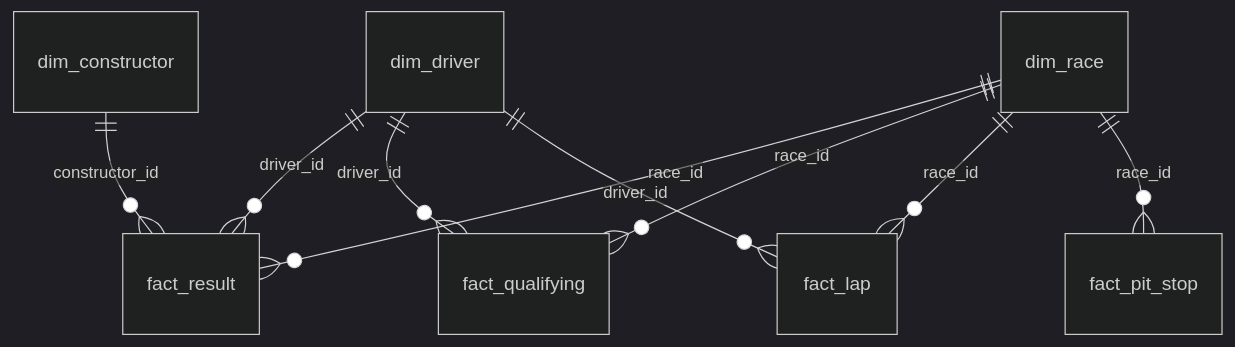
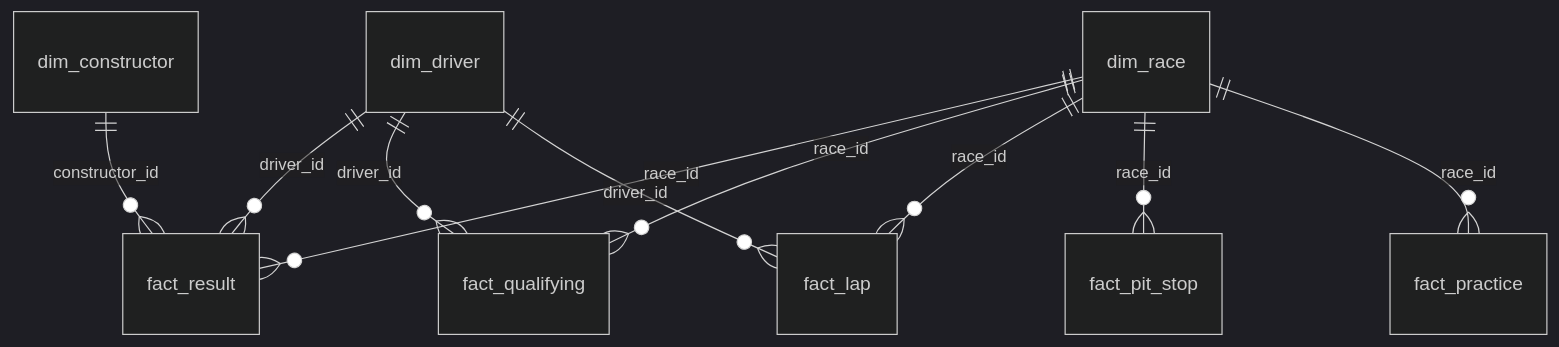
Before and after one commit to araithatha/f1-data-pipeline: the second of 2 diagrams in README.md, drawn with Mermaid (dark theme). The commit also changed other lines of this file and 21 other files, not shown here.

````diff
--- a/README.md
+++ b/README.md
@@ -54,11 +63,12 @@
 ```mermaid
 erDiagram
     dim_race ||--o{ fact_result : race_id
     dim_race ||--o{ fact_qualifying : race_id
     dim_race ||--o{ fact_lap : race_id
     dim_race ||--o{ fact_pit_stop : race_id
+    dim_race ||--o{ fact_practice : race_id
     dim_driver ||--o{ fact_result : driver_id
     dim_driver ||--o{ fact_qualifying : driver_id
     dim_driver ||--o{ fact_lap : driver_id
     dim_constructor ||--o{ fact_result : constructor_id
 ```
````
